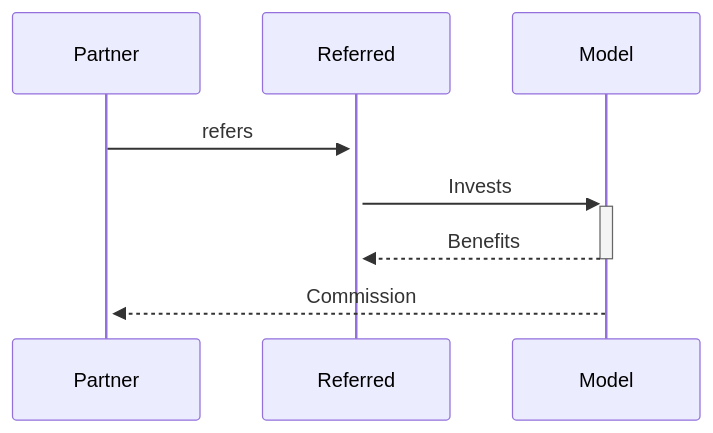
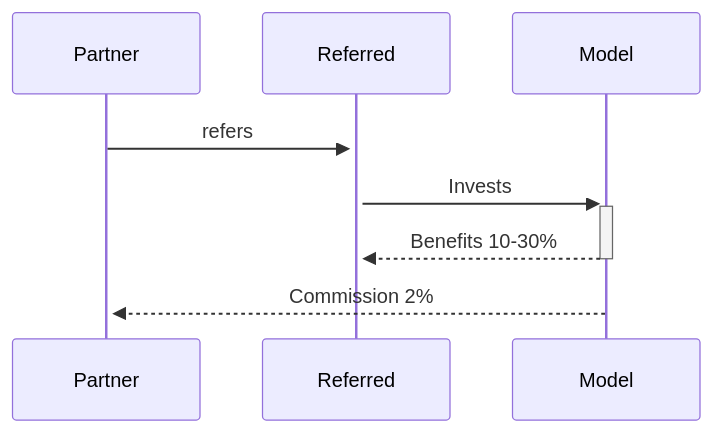
One commit to git-jrm/management-system changed the second of 4 diagrams in Sequence-Diagrams.md. Above: the diagram before and after it, drawn with Mermaid. The commit also changed other lines of this file, not shown here.

````diff
--- a/Sequence-Diagrams.md
+++ b/Sequence-Diagrams.md
@@ -10,7 +9,7 @@
 ```mermaid
 sequenceDiagram
     Partner->>+Referred: refers
     Referred->>+Model: Invests
-    Model-->>-Referred: Benefits
-    Model-->>+Partner: Commission
+    Model-->>-Referred: Benefits 10-30%
+    Model-->>+Partner: Commission 2%
 ```
````
